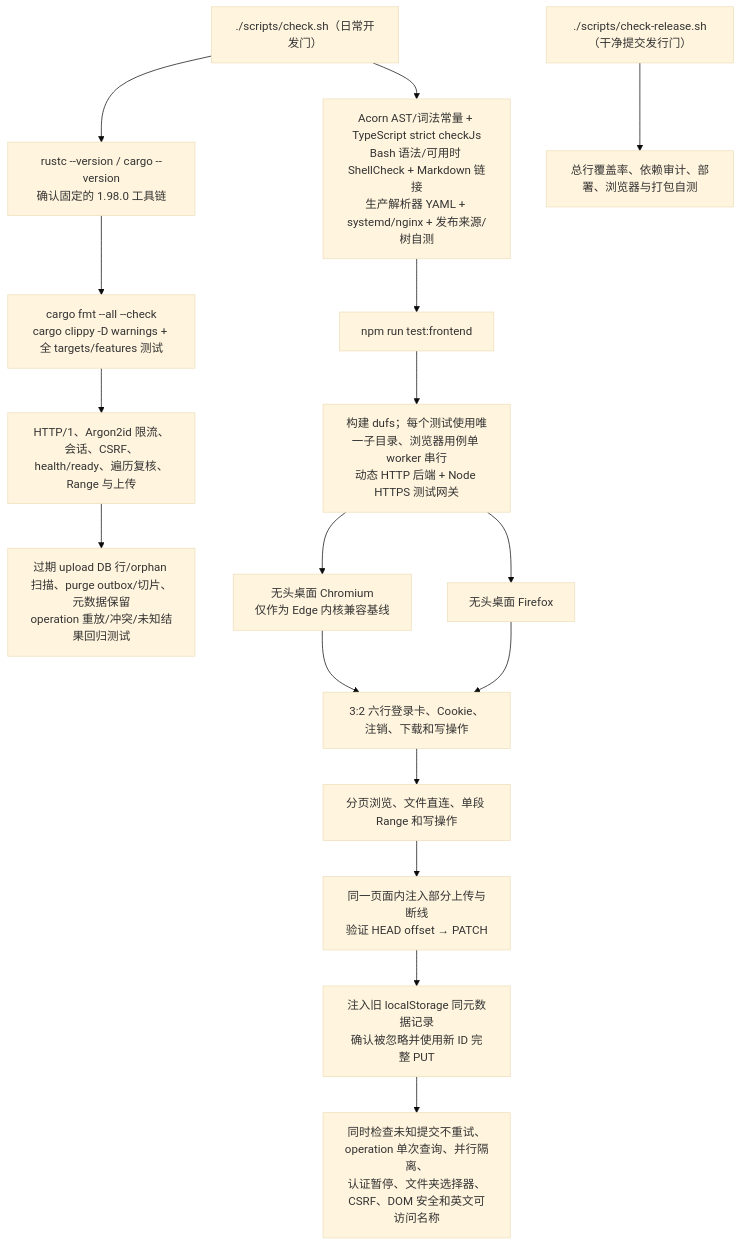
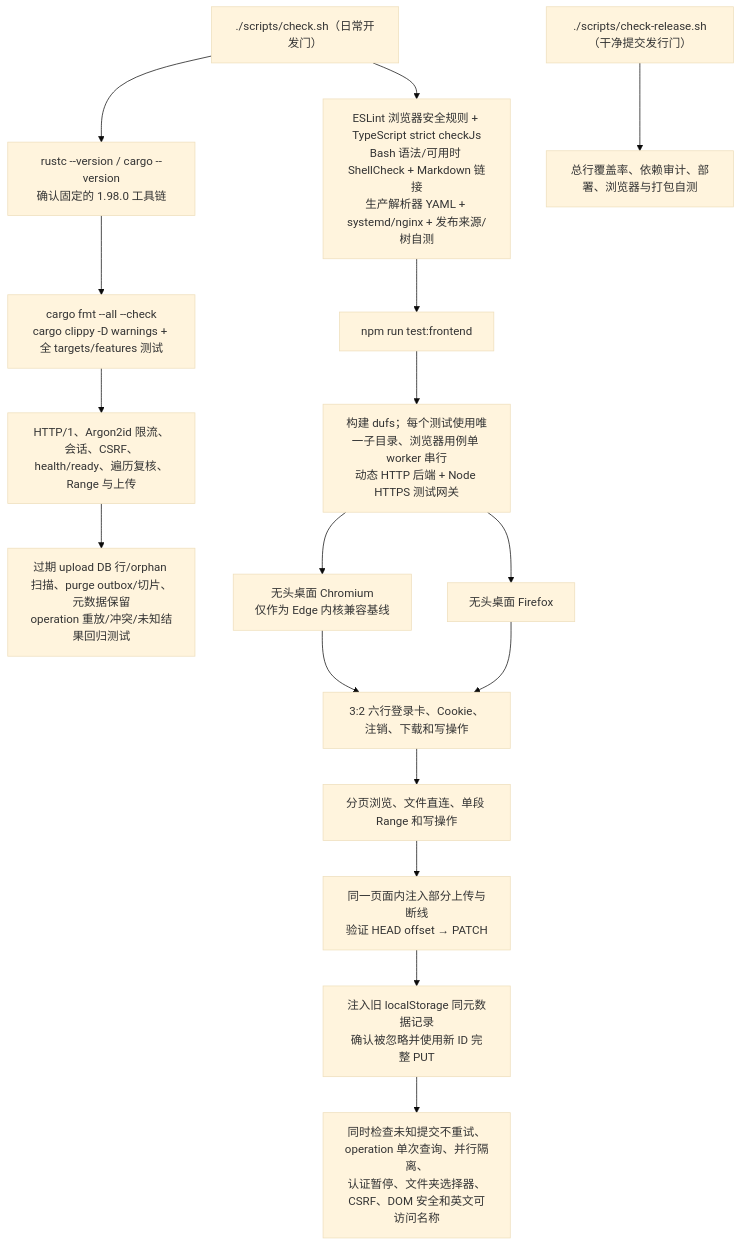
Before and after one commit to isarmg/dufs-ram-server: diagram 17 of 17 in docs/project-workflow.md, drawn with Mermaid (base theme). The commit also changed other lines of this file and 16 other files, not shown here.

Commit message:
ci: replace custom JavaScript analyzer with ESLint

````diff
--- a/docs/project-workflow.md
+++ b/docs/project-workflow.md
@@ -807,19 +807,19 @@
 ```mermaid
 flowchart TD
     TEST["./scripts/check.sh（日常开发门）"] --> TOOLCHAIN["rustc --version / cargo --version<br/>确认固定的 1.98.0 工具链"]
     TOOLCHAIN --> RUST["cargo fmt --all --check<br/>cargo clippy -D warnings + 全 targets/features 测试"]
     RELEASE["./scripts/check-release.sh（干净提交发行门）"] --> QUALITY["总行覆盖率、依赖审计、部署、浏览器与打包自测"]
-    TEST --> STATIC["Acorn AST/词法常量 + TypeScript strict checkJs<br/>Bash 语法/可用时 ShellCheck + Markdown 链接<br/>生产解析器 YAML + systemd/nginx + 发布来源/树自测"]
+    TEST --> STATIC["ESLint 浏览器安全规则 + TypeScript strict checkJs<br/>Bash 语法/可用时 ShellCheck + Markdown 链接<br/>生产解析器 YAML + systemd/nginx + 发布来源/树自测"]
     STATIC --> FRONT["npm run test:frontend"]
     RUST --> ROUTES["HTTP/1、Argon2id 限流、会话、CSRF、health/ready、遍历复核、Range 与上传"]
     ROUTES --> MAINTENANCE["过期 upload DB 行/orphan 扫描、purge outbox/切片、元数据保留<br/>operation 重放/冲突/未知结果回归测试"]
     FRONT --> BUILD["构建 dufs；每个测试使用唯一子目录、浏览器用例单 worker 串行<br/>动态 HTTP 后端 + Node HTTPS 测试网关"]
     BUILD --> CHROMIUM["无头桌面 Chromium<br/>仅作为 Edge 内核兼容基线"]
     BUILD --> FIREFOX["无头桌面 Firefox"]
     CHROMIUM --> FLOWS["3:2 六行登录卡、Cookie、注销、下载和写操作"]
     FIREFOX --> FLOWS
     FLOWS --> RANGE["分页浏览、文件直连、单段 Range 和写操作"]
     RANGE --> FAULT["同一页面内注入部分上传与断线<br/>验证 HEAD offset → PATCH"]
     FAULT --> IDENTITY["注入旧 localStorage 同元数据记录<br/>确认被忽略并使用新 ID 完整 PUT"]
     IDENTITY --> OTHER["同时检查未知提交不重试、operation 单次查询、并行隔离、<br/>认证暂停、文件夹选择器、CSRF、DOM 安全和英文可访问名称"]
 ```
````
